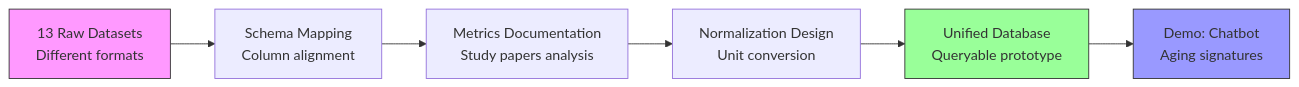
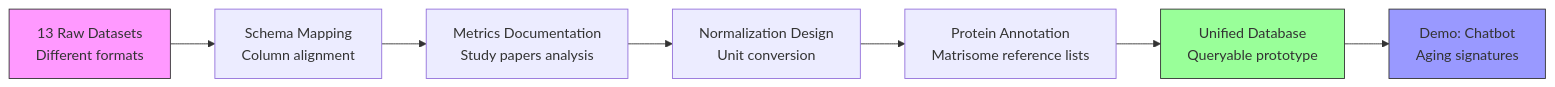
Before and after one commit to raimbetov/ecm-atlas: the diagram in 01_TASK_DATA_STANDARDIZATION.md, drawn with Mermaid. The commit also changed other lines of this file and 1 other file, not shown here.

First line of the commit message:
docs: add protein annotation guidelines and update data standardization task

````diff
--- a/01_TASK_DATA_STANDARDIZATION.md
+++ b/01_TASK_DATA_STANDARDIZATION.md
@@ -7,12 +7,13 @@
 ```mermaid
 graph LR
     A[13 Raw Datasets<br/>Different formats] --> B[Schema Mapping<br/>Column alignment]
     B --> C[Metrics Documentation<br/>Study papers analysis]
     C --> D[Normalization Design<br/>Unit conversion]
-    D --> E[Unified Database<br/>Queryable prototype]
-    E --> F[Demo: Chatbot<br/>Aging signatures]
+    D --> E[Protein Annotation<br/>Matrisome reference lists]
+    E --> F[Unified Database<br/>Queryable prototype]
+    F --> G[Demo: Chatbot<br/>Aging signatures]
 
     style A fill:#f9f,stroke:#333
-    style E fill:#9f9,stroke:#333
-    style F fill:#99f,stroke:#333
+    style F fill:#9f9,stroke:#333
+    style G fill:#99f,stroke:#333
 ```
````
